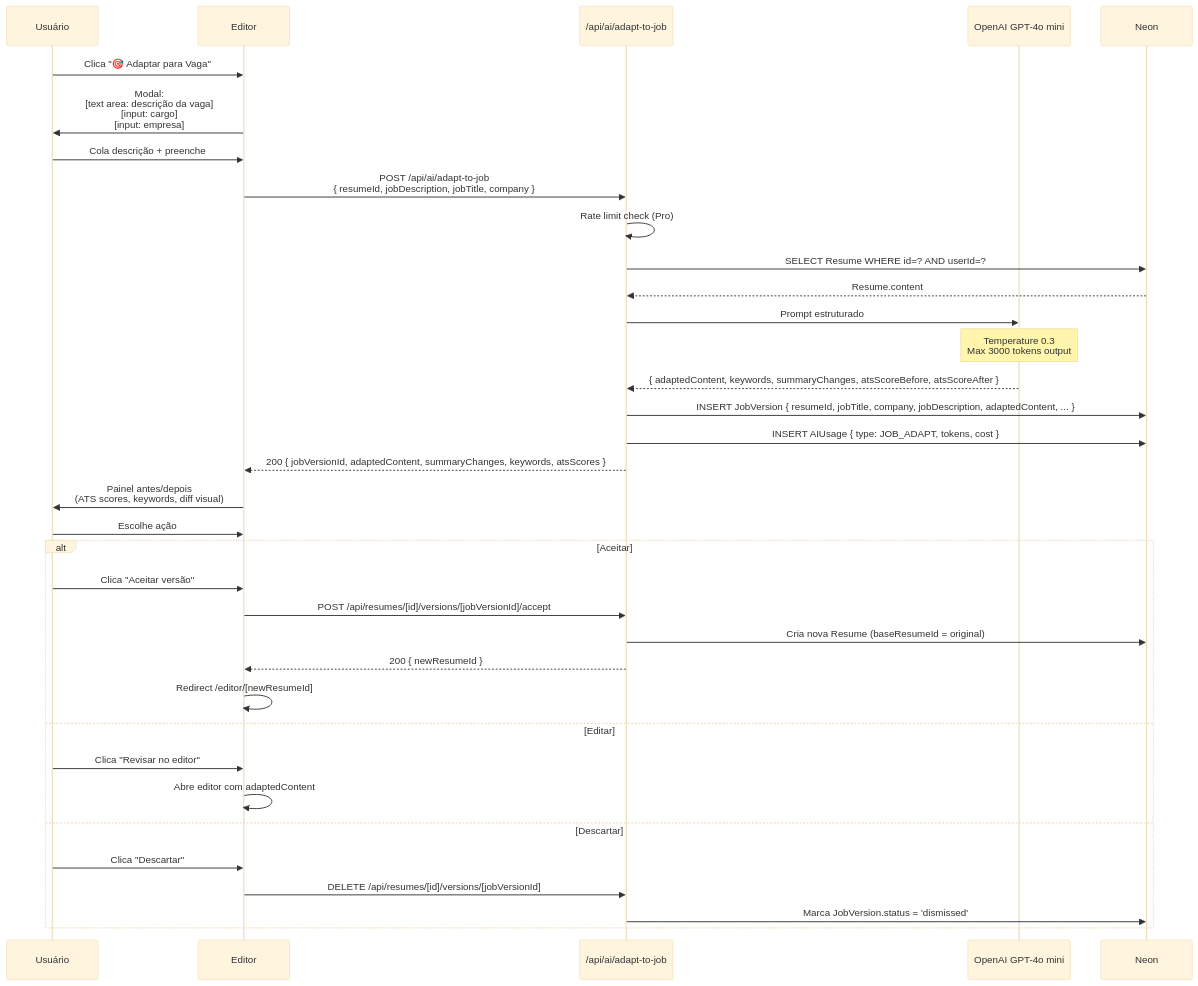
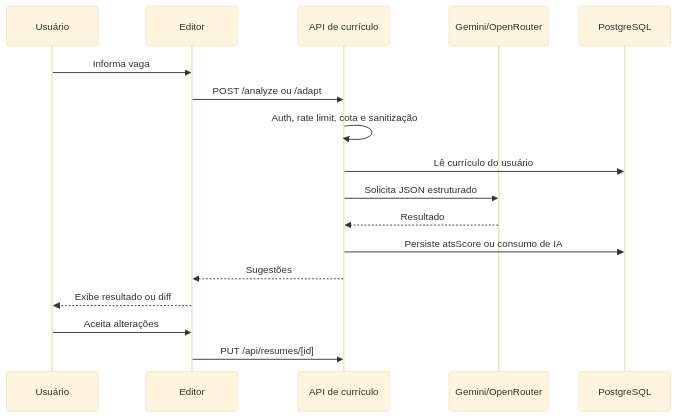
Before and after one commit to TheusCampos/AATRION: the diagram in docs/flows/job-adaptation.md, drawn with Mermaid (base theme). The commit also changed other lines of this file and 39 other files, not shown here.

````diff
--- a/docs/flows/job-adaptation.md
+++ b/docs/flows/job-adaptation.md
@@ -18,40 +3,19 @@
 ```mermaid
 sequenceDiagram
-    participant U as Usuário
-    participant E as Editor
-    participant API as /api/ai/adapt-to-job
-    participant AI as OpenAI GPT-4o mini
-    participant DB as Neon
-
-    U->>E: Clica "🎯 Adaptar para Vaga"
-    E->>U: Modal:<br/>[text area: descrição da vaga]<br/>[input: cargo]<br/>[input: empresa]
-    U->>E: Cola descrição + preenche
-    E->>API: POST /api/ai/adapt-to-job<br/>{ resumeId, jobDescription, jobTitle, company }
-
-    API->>API: Rate limit check (Pro)
-    API->>DB: SELECT Resume WHERE id=? AND userId=?
-    DB-->>API: Resume.content
-    API->>AI: Prompt estruturado
-    Note over AI: Temperature 0.3<br/>Max 3000 tokens output
-    AI-->>API: { adaptedContent, keywords, summaryChanges, atsScoreBefore, atsScoreAfter }
-    API->>DB: INSERT JobVersion { resumeId, jobTitle, company, jobDescription, adaptedContent, ... }
-    API->>DB: INSERT AIUsage { type: JOB_ADAPT, tokens, cost }
-    API-->>E: 200 { jobVersionId, adaptedContent, summaryChanges, keywords, atsScores }
-
-    E->>U: Painel antes/depois<br/>(ATS scores, keywords, diff visual)
-    U->>E: Escolhe ação
-    alt Aceitar
-        U->>E: Clica "Aceitar versão"
-        E->>API: POST /api/resumes/[id]/versions/[jobVersionId]/accept
-        API->>DB: Cria nova Resume (baseResumeId = original)
-        API-->>E: 200 { newResumeId }
-        E->>E: Redirect /editor/[newResumeId]
-    else Editar
-        U->>E: Clica "Revisar no editor"
-        E->>E: Abre editor com adaptedContent
-    else Descartar
-        U->>E: Clica "Descartar"
-        E->>API: DELETE /api/resumes/[id]/versions/[jobVersionId]
-        API->>DB: Marca JobVersion.status = 'dismissed'
-    end
+  participant U as Usuário
+  participant E as Editor
+  participant API as API de currículo
+  participant AI as Gemini/OpenRouter
+  participant D as PostgreSQL
+  U->>E: Informa vaga
+  E->>API: POST /analyze ou /adapt
+  API->>API: Auth, rate limit, cota e sanitização
+  API->>D: Lê currículo do usuário
+  API->>AI: Solicita JSON estruturado
+  AI-->>API: Resultado
+  API->>D: Persiste atsScore ou consumo de IA
+  API-->>E: Sugestões
+  E-->>U: Exibe resultado ou diff
+  U->>E: Aceita alterações
+  E->>API: PUT /api/resumes/[id]
 ```
````
